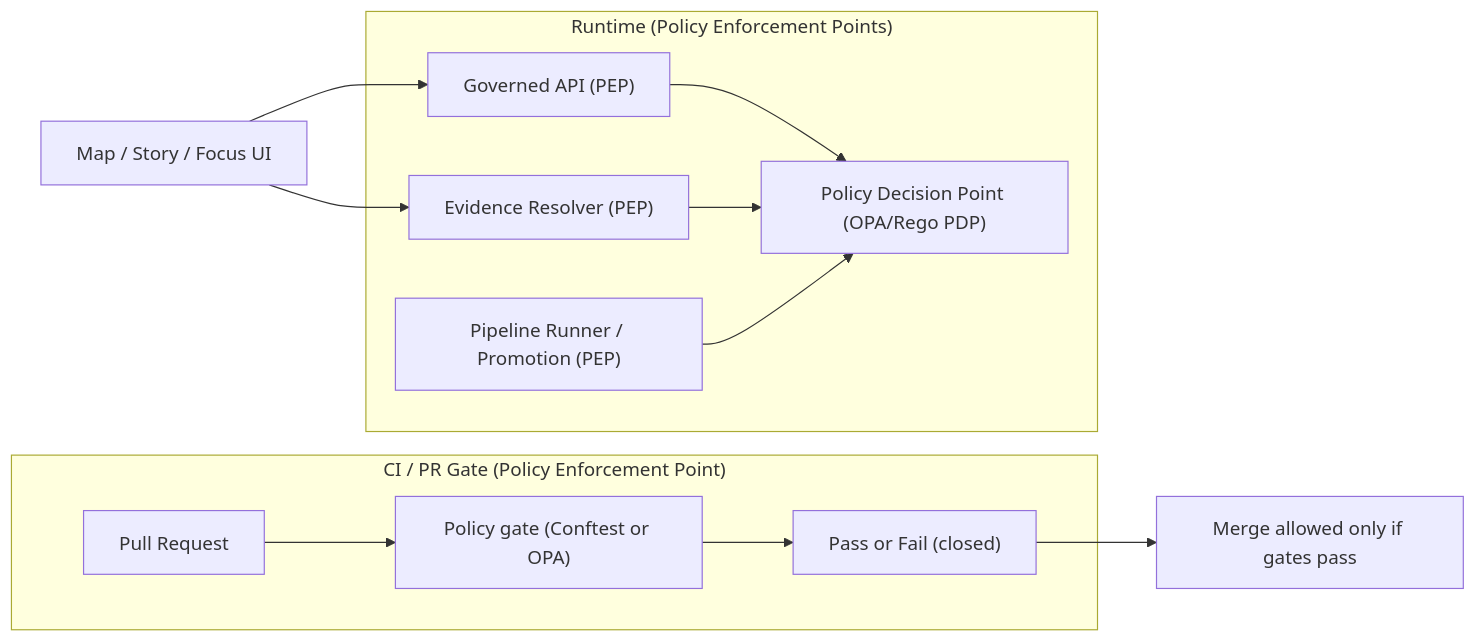
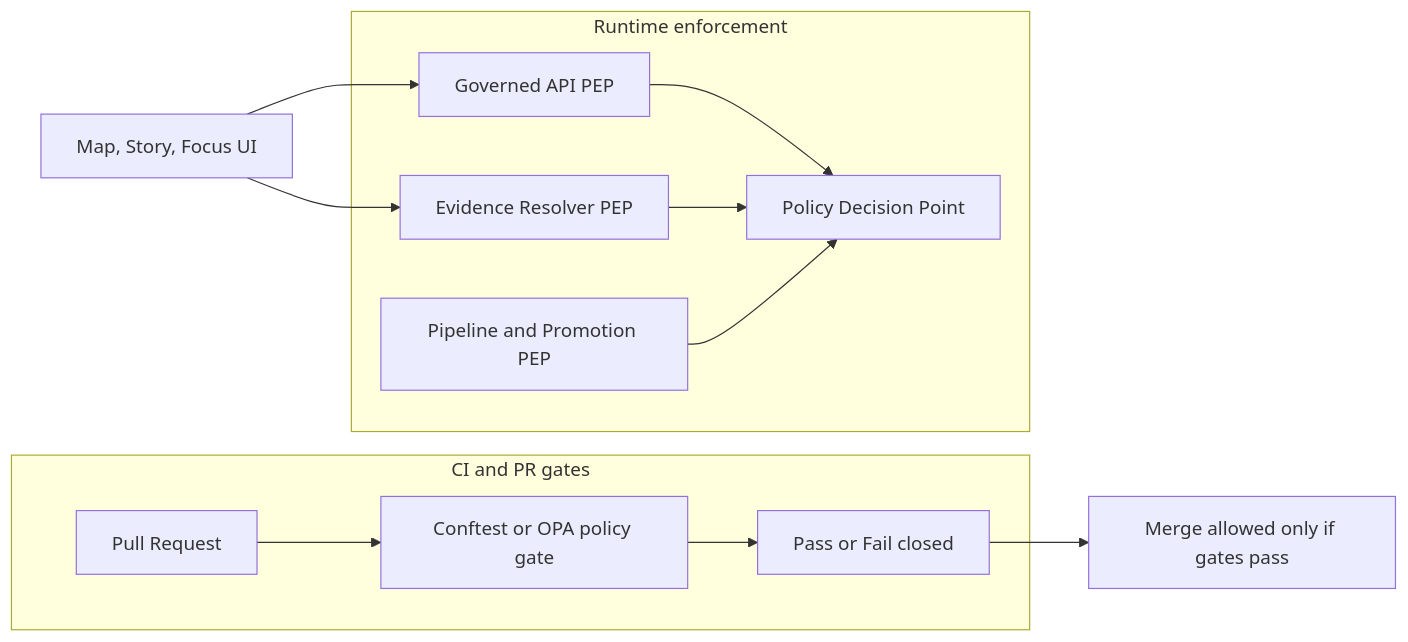
One commit to bartytime4life/Kansas-Frontier-Matrix changed the first of 2 diagrams in policy/README.md. Above: the diagram before and after it, drawn with Mermaid. The commit also changed other lines of this file, not shown here.

````diff
--- a/policy/README.md
+++ b/policy/README.md
@@ -176,18 +188,18 @@
 ```mermaid
 flowchart LR
-  subgraph CI["CI / PR Gate (Policy Enforcement Point)"]
-    PR["Pull Request"] --> Gate["Policy gate (Conftest or OPA)"]
-    Gate --> CIResult["Pass or Fail (closed)"]
+  subgraph CI["CI and PR gates"]
+    PR["Pull Request"] --> Gate["Conftest or OPA policy gate"]
+    Gate --> CIResult["Pass or Fail closed"]
   end
 
-  subgraph Runtime["Runtime (Policy Enforcement Points)"]
-    API["Governed API (PEP)"] --> PDP["Policy Decision Point (OPA/Rego PDP)"]
-    ER["Evidence Resolver (PEP)"] --> PDP
-    Pipe["Pipeline Runner / Promotion (PEP)"] --> PDP
+  subgraph Runtime["Runtime enforcement"]
+    API["Governed API PEP"] --> PDP["Policy Decision Point"]
+    ER["Evidence Resolver PEP"] --> PDP
+    Pipe["Pipeline and Promotion PEP"] --> PDP
   end
 
-  UI["Map / Story / Focus UI"] --> API
+  UI["Map, Story, Focus UI"] --> API
   UI --> ER
 
   CIResult --> Merge["Merge allowed only if gates pass"]
 ```
````
